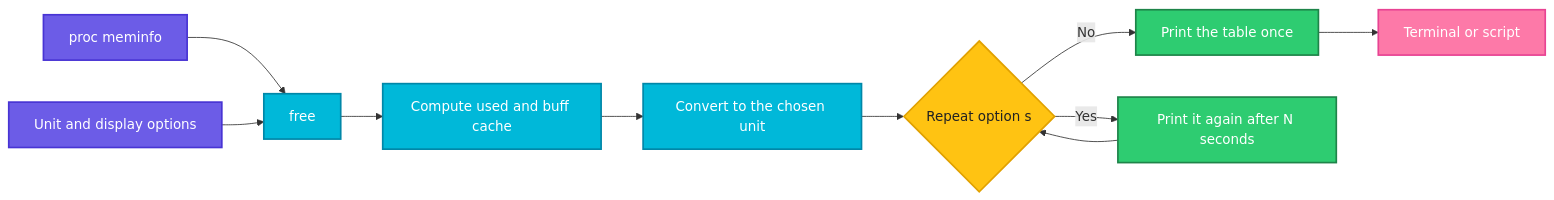
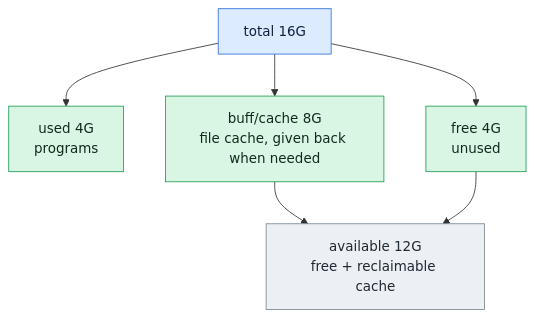
Before and after one commit to codeKerdosTech/DevOps-Documentation: the diagram in linux/system-info/free.md, drawn with Mermaid. The commit also changed other lines of this file and 165 other files, not shown here.

Commit message:
updated diagrams in linux

````diff
--- a/linux/system-info/free.md
+++ b/linux/system-info/free.md
@@ -26,24 +26,16 @@
 ```mermaid
-flowchart LR
-    A[proc meminfo] --> B[free]
-    C[Unit and display options] --> B
-    B --> D[Compute used and buff cache]
-    D --> E[Convert to the chosen unit]
-    E --> F{Repeat option s}
-    F -->|No| G[Print the table once]
-    F -->|Yes| H[Print it again after N seconds]
-    H --> F
-    G --> I[Terminal or script]
-    classDef start fill:#6C5CE7,stroke:#4834D4,stroke-width:2px,color:#fff
-    classDef proc fill:#00B8D9,stroke:#0087A8,stroke-width:2px,color:#fff
-    classDef dec fill:#FFC312,stroke:#E1A100,stroke-width:2px,color:#222
-    classDef ok fill:#2ECC71,stroke:#1E8449,stroke-width:2px,color:#fff
-    classDef err fill:#FF4757,stroke:#C0392B,stroke-width:2px,color:#fff
-    classDef out fill:#FD79A8,stroke:#E84393,stroke-width:2px,color:#fff
-    classDef alt fill:#FF9F43,stroke:#E67E22,stroke-width:2px,color:#fff
-    class A,C start
-    class B,D,E proc
-    class F dec
-    class G,H ok
-    class I out
+flowchart TD
+    i1[total 16G] --> o1[used 4G<br/>programs]
+    i1 --> o2[buff/cache 8G<br/>file cache, given back when needed]
+    i1 --> o3[free 4G<br/>unused]
+    o2 --> n1[available 12G<br/>free + reclaimable cache]
+    o3 --> n1
+    classDef inp fill:#DCEBFF,stroke:#2F6FDE,color:#10213F
+    classDef cmd fill:#FFF0C2,stroke:#C98A00,color:#3A2A00
+    classDef out fill:#D9F5E3,stroke:#1F9D55,color:#0B2E1A
+    classDef bad fill:#FDE0E0,stroke:#D13B3B,color:#4A0F0F
+    classDef note fill:#ECEFF3,stroke:#7B8794,color:#1F2933
+    class i1 inp
+    class o1,o2,o3 out
+    class n1 note
 ```
````
